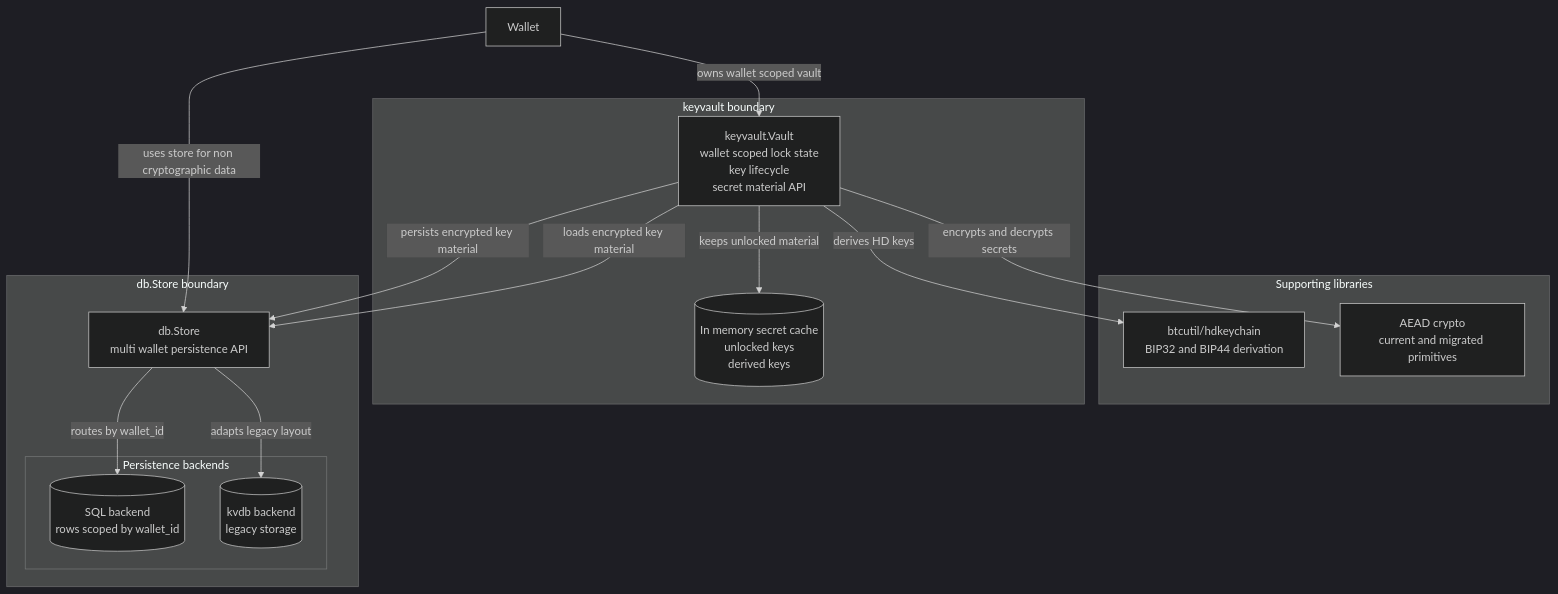
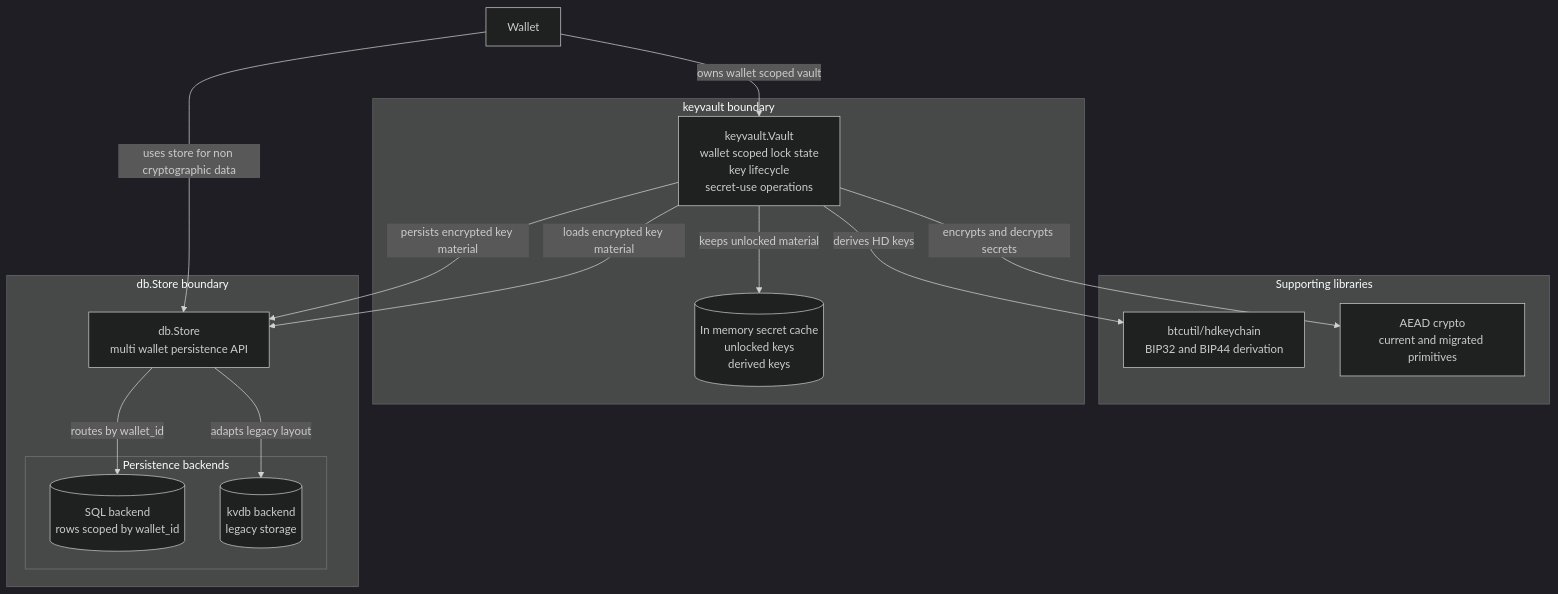
Before and after one commit to btcsuite/btcwallet: the diagram in docs/developer/adr/0010-keyvault-encryption-layer.md, drawn with Mermaid (dark theme). The commit also changed other lines of this file and 1 other file, not shown here.

First line of the commit message:
docs: define vault secret-operation ownership

````diff
--- a/docs/developer/adr/0010-keyvault-encryption-layer.md
+++ b/docs/developer/adr/0010-keyvault-encryption-layer.md
@@ -33,33 +91,33 @@
 ```mermaid
 flowchart TD
     wallet[Wallet]
 
     subgraph support[Supporting libraries]
         hd[btcutil/hdkeychain<br/>BIP32 and BIP44 derivation]
         crypto[AEAD crypto<br/>current and migrated primitives]
     end
 
     subgraph vault_boundary[keyvault boundary]
-        vault[keyvault.Vault<br/>wallet scoped lock state<br/>key lifecycle<br/>secret material API]
+        vault[keyvault.Vault<br/>wallet scoped lock state<br/>key lifecycle<br/>secret-use operations]
         cache[(In memory secret cache<br/>unlocked keys<br/>derived keys)]
     end
 
     subgraph store_boundary[db.Store boundary]
         store[db.Store<br/>multi wallet persistence API]
 
         subgraph backends[Persistence backends]
             sql[(SQL backend<br/>rows scoped by wallet_id)]
             kvdb[(kvdb backend<br/>legacy storage)]
         end
     end
 
     wallet -->|owns wallet scoped vault| vault
     wallet -->|uses store for non cryptographic data| store
     vault -->|persists encrypted key material| store
     vault -->|loads encrypted key material| store
     vault -->|keeps unlocked material| cache
     vault -->|derives HD keys| hd
     vault -->|encrypts and decrypts secrets| crypto
     store -->|routes by wallet_id| sql
     store -->|adapts legacy layout| kvdb
 ```
````
